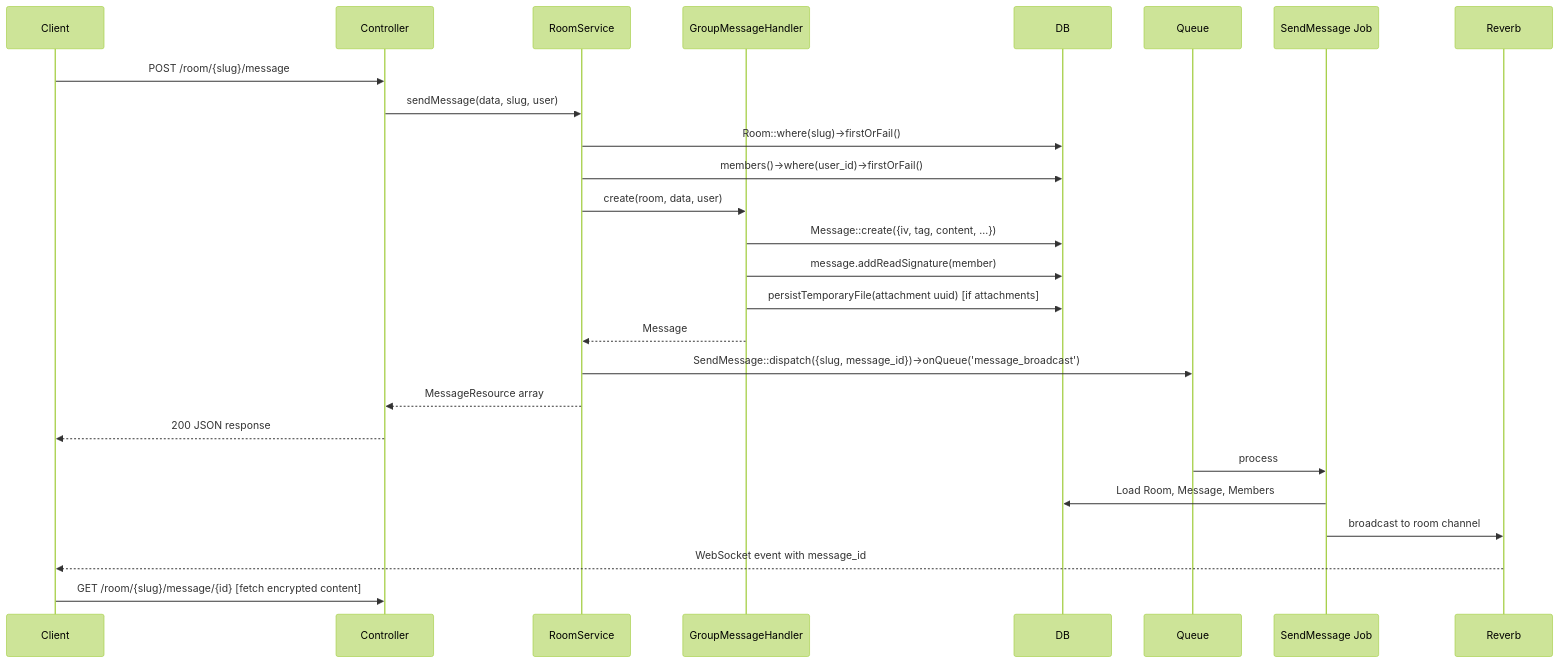
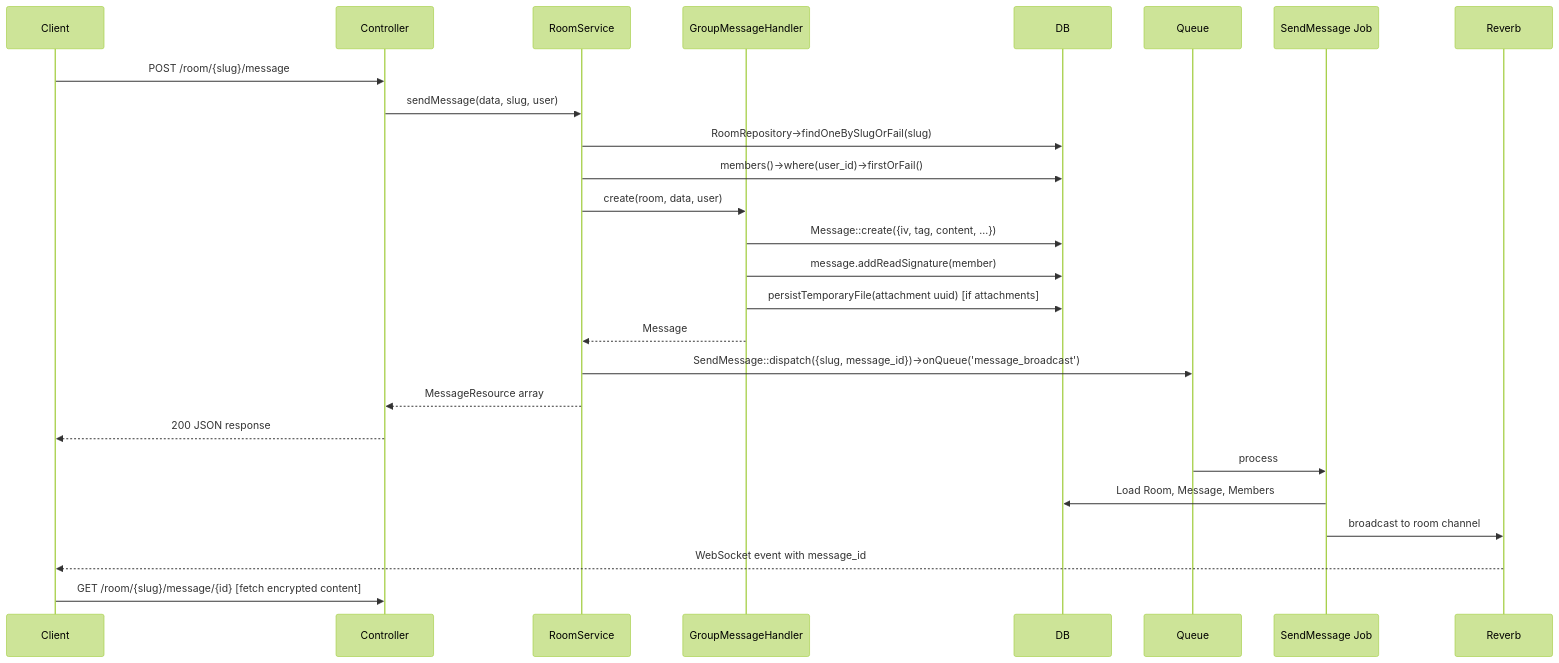
Before and after one commit to hawk-digital-environments/HAWKI: the diagram in _documentation/500-Backend/600-Chat-and-Rooms/100-Messages.md, drawn with Mermaid (forest theme). The commit also changed 239 other files, not shown here.

````diff
--- a/_documentation/500-Backend/600-Chat-and-Rooms/100-Messages.md
+++ b/_documentation/500-Backend/600-Chat-and-Rooms/100-Messages.md
@@ -73,30 +73,30 @@
 ```mermaid
 sequenceDiagram
     participant Client
     participant Controller
     participant RoomService
     participant GroupMessageHandler
     participant DB
     participant Queue
     participant SendMessage Job
     participant Reverb
 
     Client->>Controller: POST /room/{slug}/message
     Controller->>RoomService: sendMessage(data, slug, user)
-    RoomService->>DB: Room::where(slug)->firstOrFail()
+    RoomService->>DB: RoomRepository->findOneBySlugOrFail(slug)
     RoomService->>DB: members()->where(user_id)->firstOrFail()
     RoomService->>GroupMessageHandler: create(room, data, user)
     GroupMessageHandler->>DB: Message::create({iv, tag, content, ...})
     GroupMessageHandler->>DB: message.addReadSignature(member)
     GroupMessageHandler->>DB: persistTemporaryFile(attachment uuid) [if attachments]
     GroupMessageHandler-->>RoomService: Message
     RoomService->>Queue: SendMessage::dispatch({slug, message_id})->onQueue('message_broadcast')
     RoomService-->>Controller: MessageResource array
     Controller-->>Client: 200 JSON response
 
     Queue->>SendMessage Job: process
     SendMessage Job->>DB: Load Room, Message, Members
     SendMessage Job->>Reverb: broadcast to room channel
     Reverb-->>Client: WebSocket event with message_id
     Client->>Controller: GET /room/{slug}/message/{id}  [fetch encrypted content]
 ```
````
